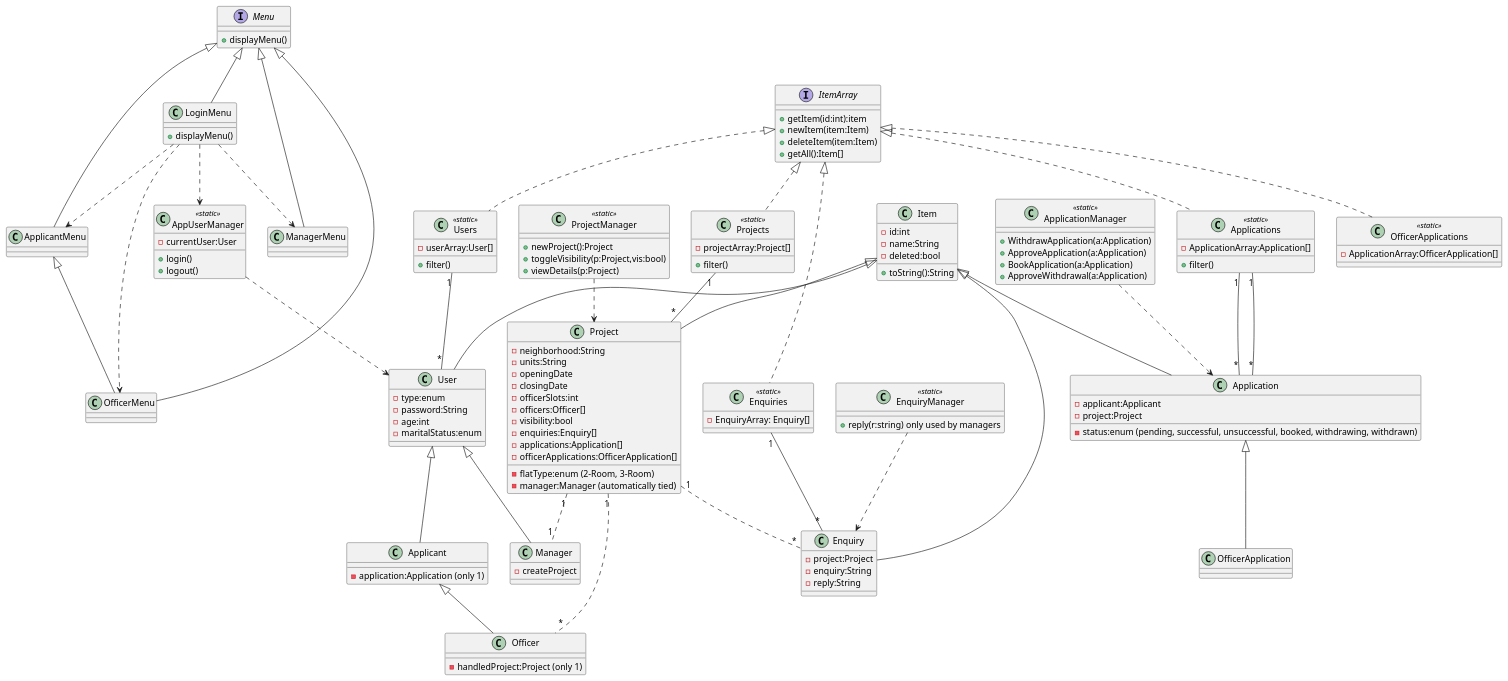
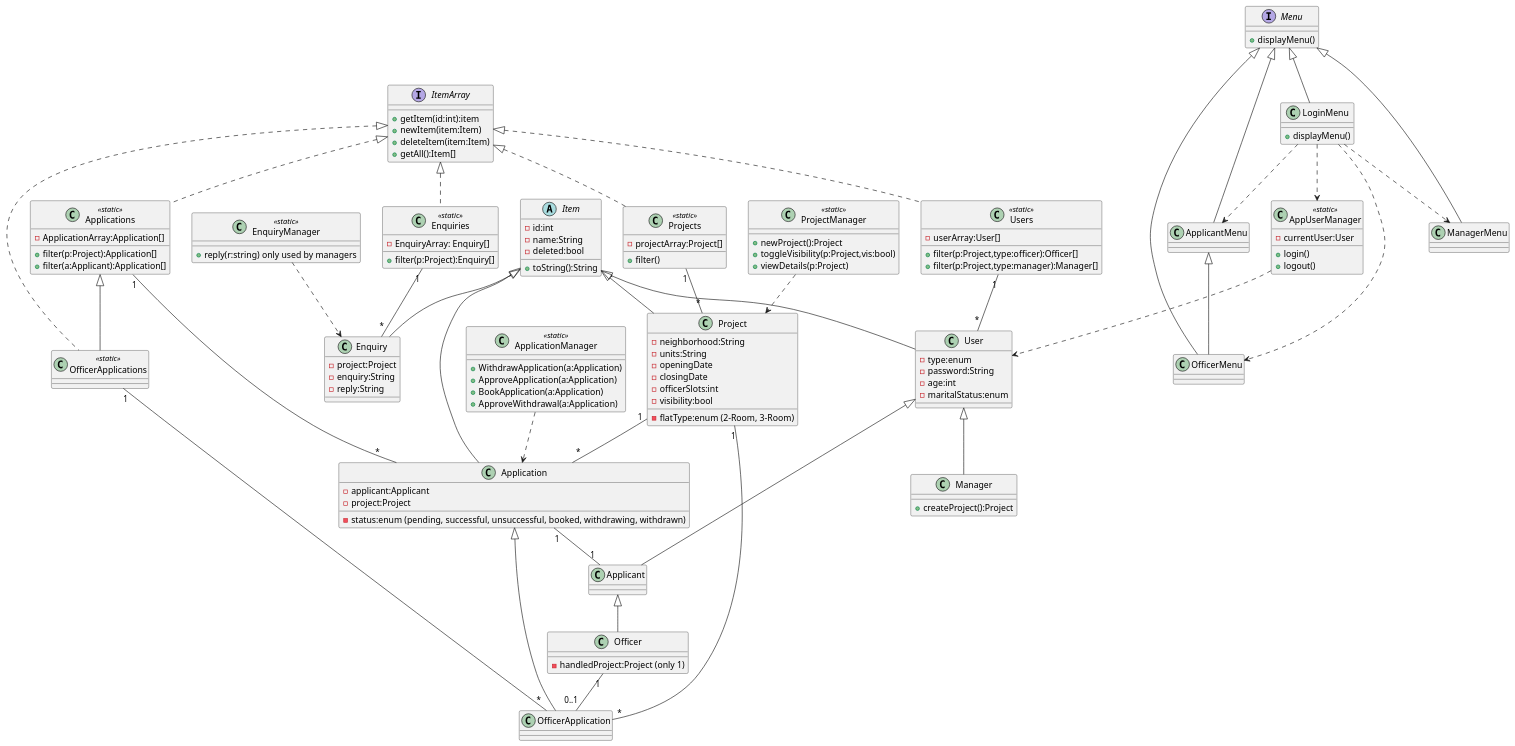
Before and after one commit to arpita729/SC2002-Project: the diagram in Entity Class Diagram.wsd, drawn with PlantUML.

Commit message:
use reverse relation rather than composition

```diff
--- a/Entity Class Diagram.wsd
+++ b/Entity Class Diagram.wsd
@@ -1,147 +1,142 @@
 @startuml EntityClassDiagram
-class Item {
+abstract Item {
     -id:int
     -name:String
     -deleted:bool
     +toString():String
 }
 
 interface ItemArray{
     +getItem(id:int):item
     +newItem(item:Item)
     +deleteItem(item:Item)
     +getAll():Item[]
 }
 
 'Project Items
 class Project extends Item {
     -neighborhood:String
     -flatType:enum (2-Room, 3-Room)
     -units:String
     -openingDate
     -closingDate
-    -manager:Manager (automatically tied)
     -officerSlots:int
-    -officers:Officer[]
     -visibility:bool
-    -enquiries:Enquiry[]
-    -applications:Application[]
-    -officerApplications:OfficerApplication[]
 }
-Project "1" .. "*" Officer
-Project "1" .. "1" Manager
-Project "1" .. "*" Enquiry
 
 class Application extends Item {
     -applicant:Applicant
     -project:Project
     -status:enum (pending, successful, unsuccessful, booked, withdrawing, withdrawn)
 }
+Application "1" -- "1" Applicant
+Project "1" -- "*" Application
 
 class OfficerApplication extends Application
+Officer "1" -- "0..1" OfficerApplication
+Project "1" -- "*" OfficerApplication
 
 class Enquiry extends Item {
     -project:Project
     -enquiry:String
     -reply:String
 }
 
 'Users
 class User extends Item{
     -type:enum
     -password:String
     -age:int
     -maritalStatus:enum
 }
 
-class Applicant extends User{
-    -application:Application (only 1)
-}
+class Applicant extends User
 
 class Officer extends Applicant {
     -handledProject:Project (only 1)
 }
 
 class Manager extends User {
-    -createProject
+    +createProject():Project
 }
 
 'GUI Interfaces 
 interface Menu {
     +displayMenu()
 }
 class ApplicantMenu extends Menu
 class ManagerMenu extends Menu
 class OfficerMenu extends Menu
 class LoginMenu extends Menu {
     +displayMenu()
     'after login, we call one of the 3 menus based on the  enum 
 }
 LoginMenu ..> AppUserManager
 LoginMenu ..> ApplicantMenu
 LoginMenu ..> OfficerMenu
 LoginMenu ..> ManagerMenu
 
 'Arrays
 class Users <<static>> implements ItemArray {
     -userArray:User[]
-    +filter()
+    +filter(p:Project,type:officer):Officer[]
+    +filter(p:Project,type:manager):Manager[]
 }
 Users "1" -- "*" User
 
 class Projects <<static>> implements ItemArray {
     -projectArray:Project[]
     +filter()
 }
 Projects "1" -- "*" Project
 
 class Applications <<static>> implements ItemArray {
     -ApplicationArray:Application[]
-    +filter()
+    +filter(p:Project):Application[]
+    +filter(a:Applicant):Application[]
 }
 Applications "1" -- "*" Application
 
-class OfficerApplications <<static>> implements ItemArray {
-    -ApplicationArray:OfficerApplication[]
-}
+class OfficerApplications <<static>> extends Applications implements ItemArray 
+OfficerApplications "1" -- "*" OfficerApplication
 
-Applications "1" -- "*" Application
 class Enquiries <<static>> implements ItemArray {
     -EnquiryArray: Enquiry[]
+    +filter(p:Project):Enquiry[]
 }
 Enquiries "1" -- "*" Enquiry
 
 'Managers
 class ApplicationManager <<static>> {
     +WithdrawApplication(a:Application)
     +ApproveApplication(a:Application)
     +BookApplication(a:Application)
     +ApproveWithdrawal(a:Application)
 }
 ApplicationManager ..> Application
 
 class ProjectManager <<static>> {
     +newProject():Project
     +toggleVisibility(p:Project,vis:bool)
     +viewDetails(p:Project)
 }
 ProjectManager ..> Project
 
 class EnquiryManager <<static>> {
     +reply(r:string) only used by managers
 }
 EnquiryManager ..> Enquiry
 
 class AppUserManager <<static>> {
     -currentUser:User
     +login()
     +logout()
 }
 AppUserManager ..> User
 
 
 ' not sure about this one
 class OfficerMenu extends ApplicantMenu 
 
 
 @enduml
```
